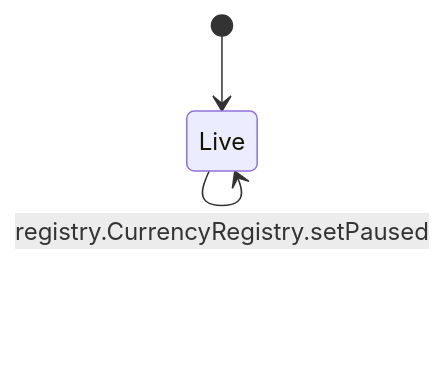
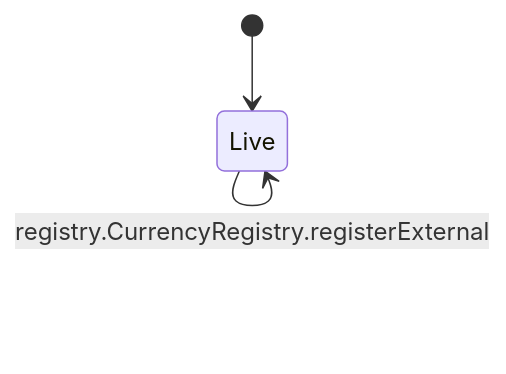
Before and after one commit to PatrickMockridge/r-cash: the third of 4 diagrams in docs/spec/flows/05-registry.md, drawn with Mermaid. The commit also changed other lines of this file and 104 other files, not shown here.

````diff
--- a/docs/spec/flows/05-registry.md
+++ b/docs/spec/flows/05-registry.md
@@ -56,8 +56,9 @@
 ```mermaid
 stateDiagram-v2
   [*] --> Live
   Live --> Live: registry.CurrencyRegistry.register
   Live --> Live: registry.CurrencyRegistry.currency
   Live --> Live: registry.CurrencyRegistry.currencies
   Live --> Live: registry.CurrencyRegistry.setPaused
+  Live --> Live: registry.CurrencyRegistry.registerExternal
 ```
````
